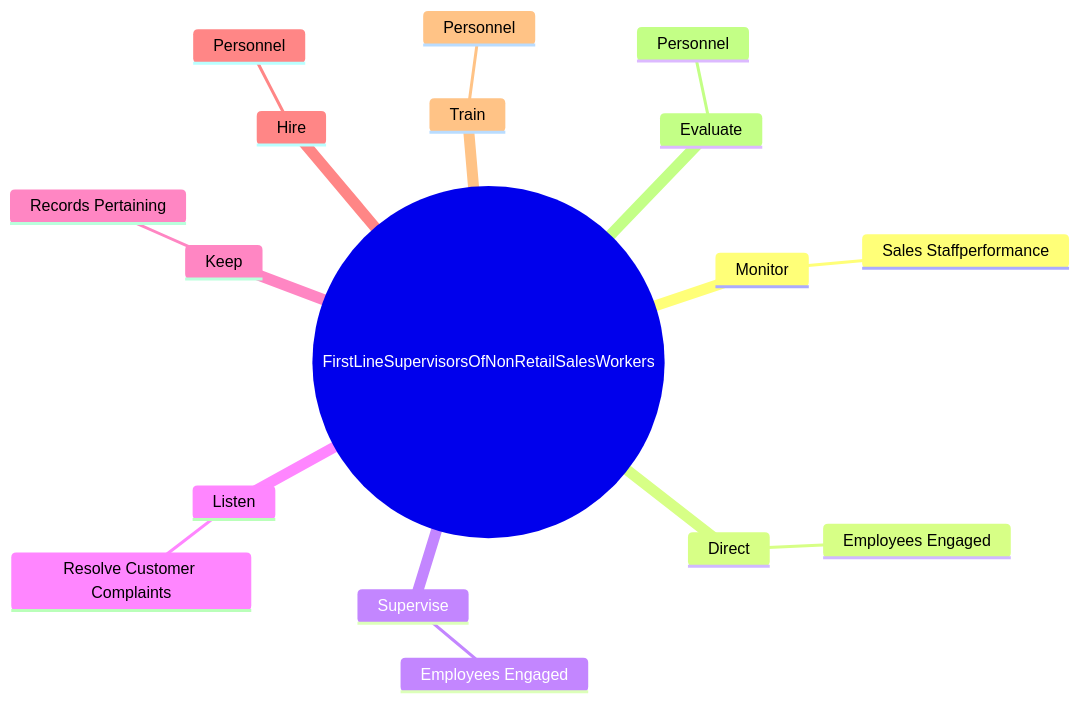
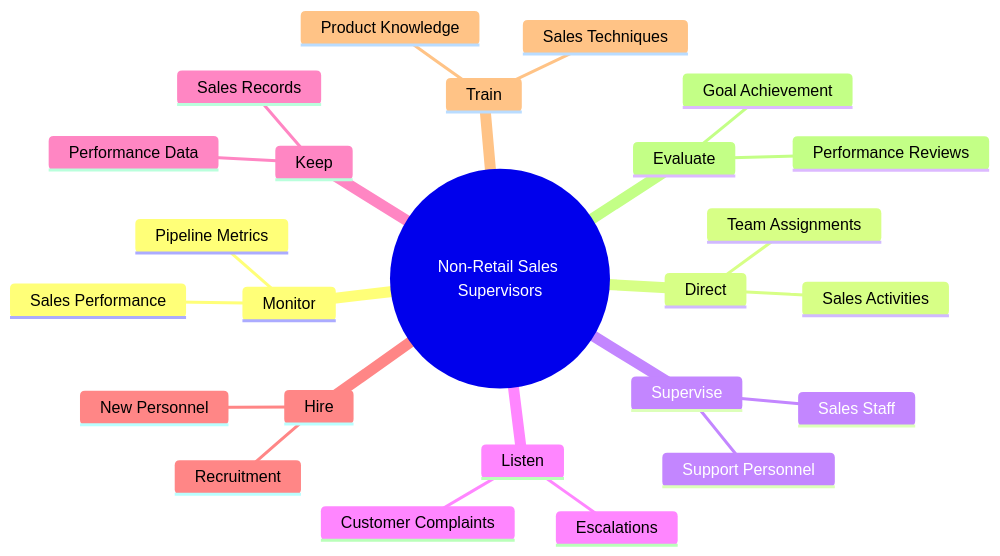
One commit to kziemski/business.org.ai changed the second of 4 diagrams in occupations/Sales/FirstLineSupervisorsOfNonRetailSalesWorkers.mdx. Above: the diagram before and after it, drawn with Mermaid. The commit also changed other lines of this file and 938 other files, not shown here.

````diff
--- a/occupations/Sales/FirstLineSupervisorsOfNonRetailSalesWorkers.mdx
+++ b/occupations/Sales/FirstLineSupervisorsOfNonRetailSalesWorkers.mdx
@@ -37,20 +45,28 @@
 ```mermaid
 mindmap
-    root(("FirstLineSupervisorsOfNonRetailSalesWorkers"))
+    root(("Non-Retail Sales Supervisors"))
         Monitor
-            Sales Staffperformance
+            Sales Performance
+            Pipeline Metrics
         Direct
-            Employees Engaged
+            Sales Activities
+            Team Assignments
         Supervise
-            Employees Engaged
+            Sales Staff
+            Support Personnel
         Listen
-            Resolve Customer Complaints
+            Customer Complaints
+            Escalations
         Keep
-            Records Pertaining
+            Sales Records
+            Performance Data
         Hire
-            Personnel
+            New Personnel
+            Recruitment
         Train
-            Personnel
+            Sales Techniques
+            Product Knowledge
         Evaluate
-            Personnel
+            Performance Reviews
+            Goal Achievement
 ```
````
